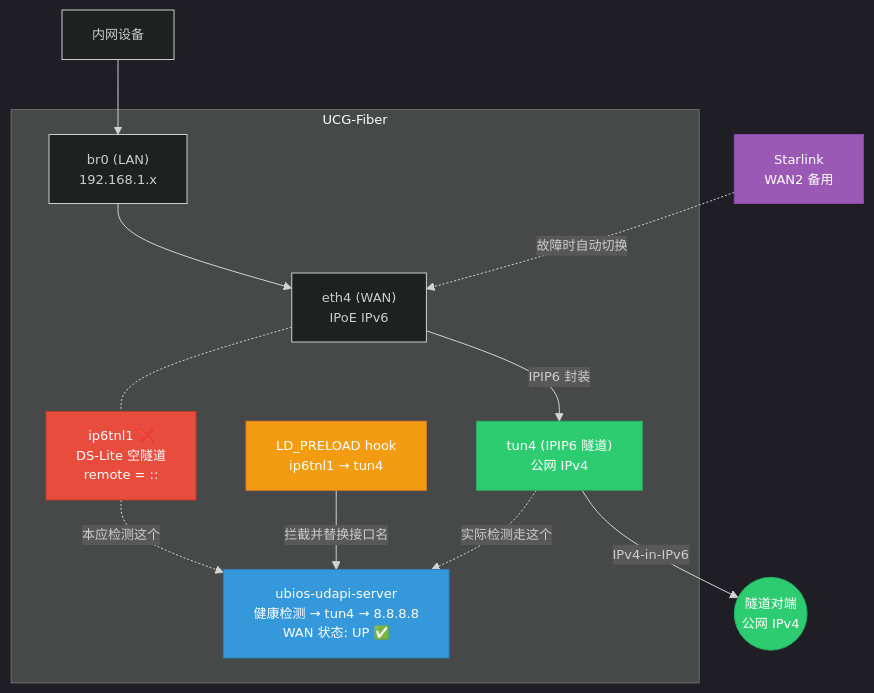
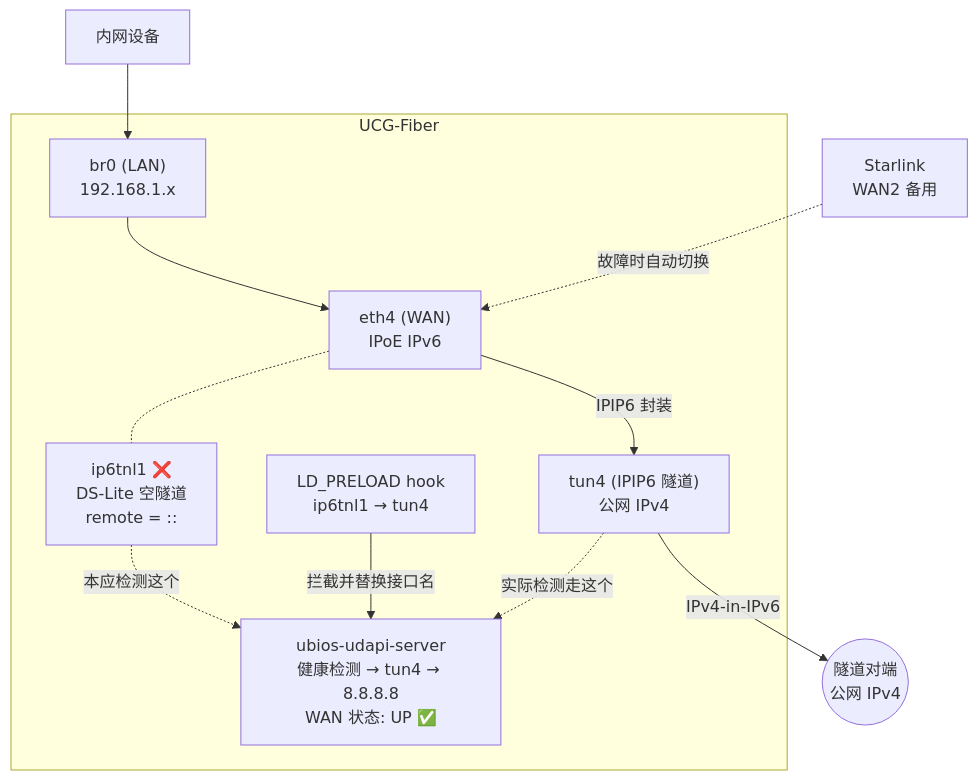
Before and after one commit to BBleae/harukawa-sayaka-blog: the third of 3 diagrams in content/post/softbank-10g-with-ucg-fiber.md, drawn with Mermaid. The commit also changed other lines of this file, not shown here.

Commit message:
fix: 修复 mermaid 图表的格式问题，移除多余的初始化设置

````diff
--- a/content/post/softbank-10g-with-ucg-fiber.md
+++ b/content/post/softbank-10g-with-ucg-fiber.md
@@ -248,35 +241,28 @@
 ```mermaid
-%%{ init: { 'theme': 'dark', 'themeVariables': { 'fontSize': '13px' } } }%%
 graph TB
     subgraph Router["UCG-Fiber"]
         BR0["br0 (LAN)<br/>192.168.1.x"]
         ETH4["eth4 (WAN)<br/>IPoE IPv6"]
         TUN4["tun4 (IPIP6 隧道)<br/>公网 IPv4"]
         IP6TNL["ip6tnl1 ❌<br/>DS-Lite 空隧道<br/>remote = ::"]
         HOOK["LD_PRELOAD hook<br/>ip6tnl1 → tun4"]
         UDAPI["ubios-udapi-server<br/>健康检测 → tun4 → 8.8.8.8<br/>WAN 状态: UP ✅"]
     end
 
     REMOTE(("隧道对端<br/>公网 IPv4"))
     STARLINK["Starlink<br/>WAN2 备用"]
     LAN["内网设备"]
 
     LAN --> BR0
     BR0 --> ETH4
     ETH4 -- "IPIP6 封装" --> TUN4
     TUN4 -- "IPv4-in-IPv6" --> REMOTE
     ETH4 -.- IP6TNL
 
     IP6TNL -. "本应检测这个" .-> UDAPI
     HOOK -- "拦截并替换接口名" --> UDAPI
     TUN4 -. "实际检测走这个" .-> UDAPI
 
     STARLINK -. "故障时自动切换" .-> ETH4
 
-    style TUN4 fill:#2ecc71,stroke:#27ae60,color:#fff
-    style IP6TNL fill:#e74c3c,stroke:#c0392b,color:#fff
-    style HOOK fill:#f39c12,stroke:#e67e22,color:#fff
-    style UDAPI fill:#3498db,stroke:#2980b9,color:#fff
-    style REMOTE fill:#2ecc71,stroke:#27ae60,color:#fff
-    style STARLINK fill:#9b59b6,stroke:#8e44ad,color:#fff
 ```
````
